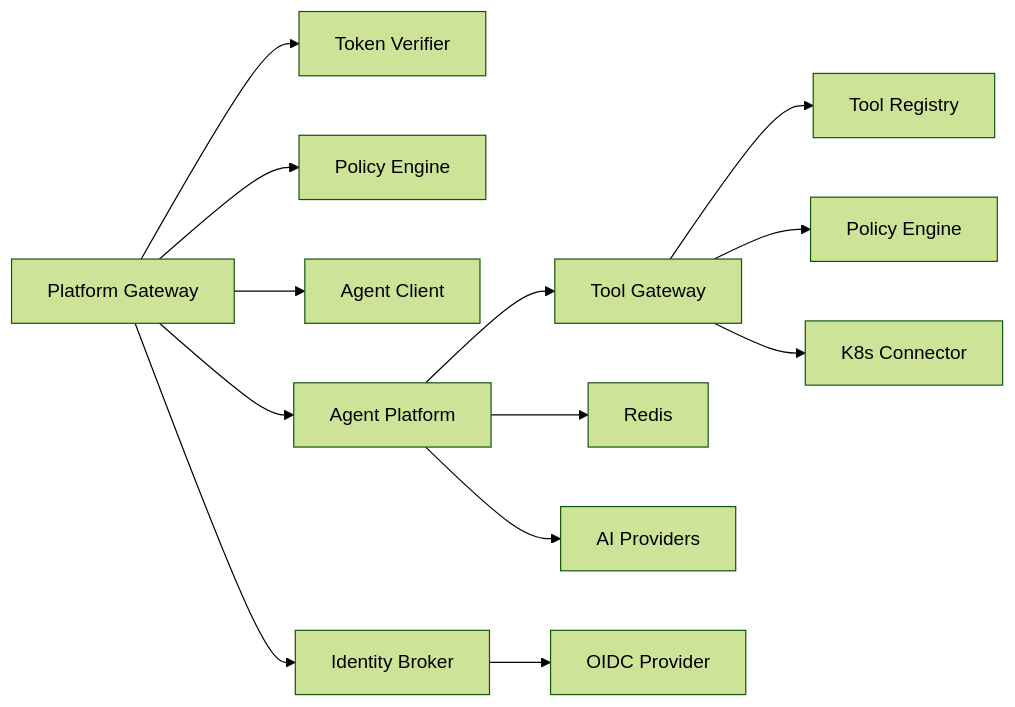
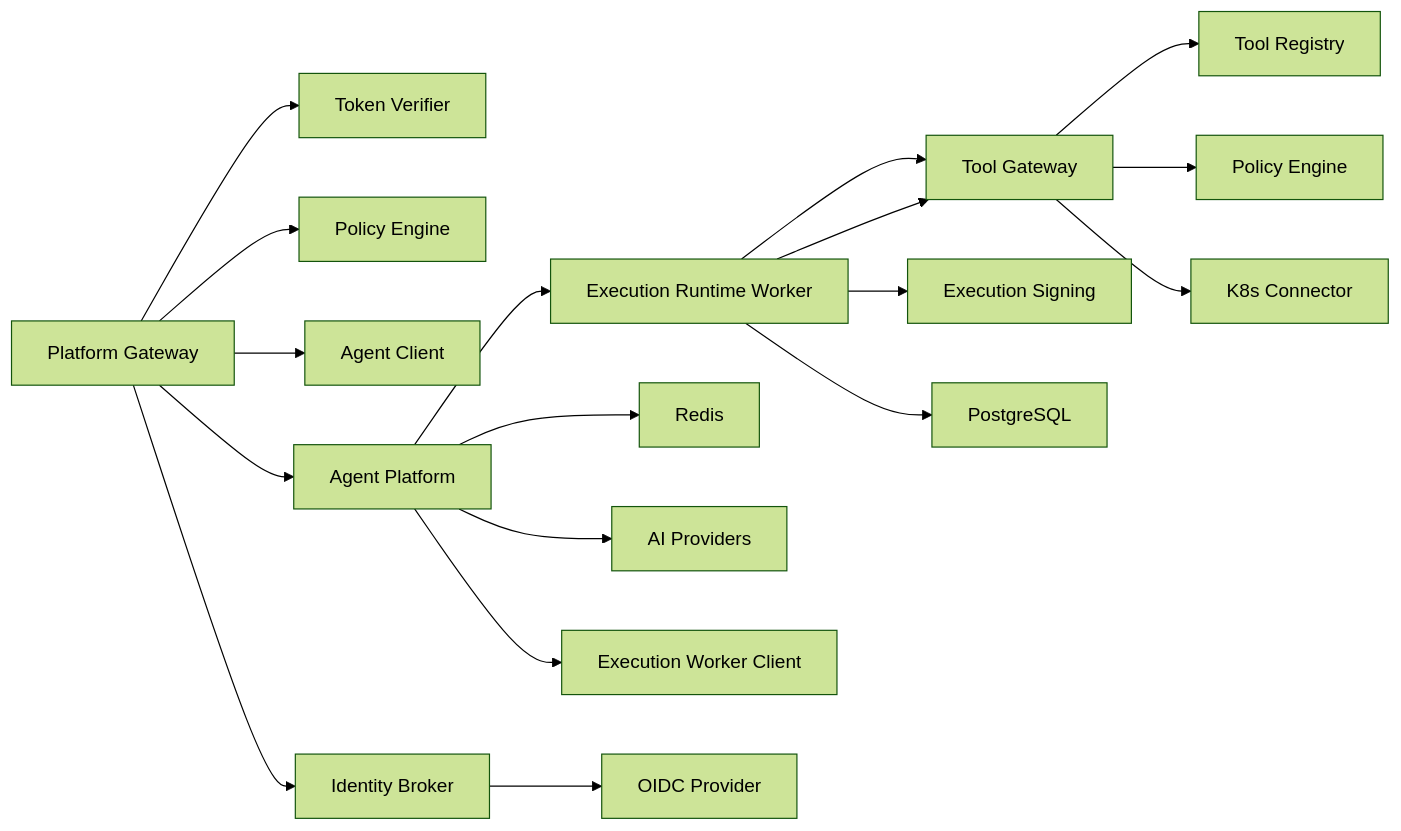
Before and after one commit to metasync/luban-aiops: the eighth of 9 diagrams in .qoder/repowiki/en/content/Architecture Documentation/Architecture Documentation.md, drawn with Mermaid (forest theme). The commit also changed other lines of this file and 5 other files, not shown here.

````diff
--- a/.qoder/repowiki/en/content/Architecture Documentation/Architecture Documentation.md
+++ b/.qoder/repowiki/en/content/Architecture Documentation/Architecture Documentation.md
@@ -399,15 +495,20 @@
 ```mermaid
 graph LR
 PG["Platform Gateway"] --> TV["Token Verifier"]
 PG --> PE["Policy Engine"]
 PG --> AC["Agent Client"]
 TG["Tool Gateway"] --> TR["Tool Registry"]
 TG --> PE2["Policy Engine"]
 TG --> KC["K8s Connector"]
+ERW["Execution Runtime Worker"] --> TG
+ERW --> ES["Execution Signing"]
+ERW --> PG2["PostgreSQL"]
 AP["Agent Platform"] --> RS["Redis"]
 AP --> PR["AI Providers"]
+AP --> EWC["Execution Worker Client"]
 IB["Identity Broker"] --> OIDC["OIDC Provider"]
 PG --> AP
 PG --> IB
-AP --> TG
+AP --> ERW
+ERW --> TG
 ```
````
